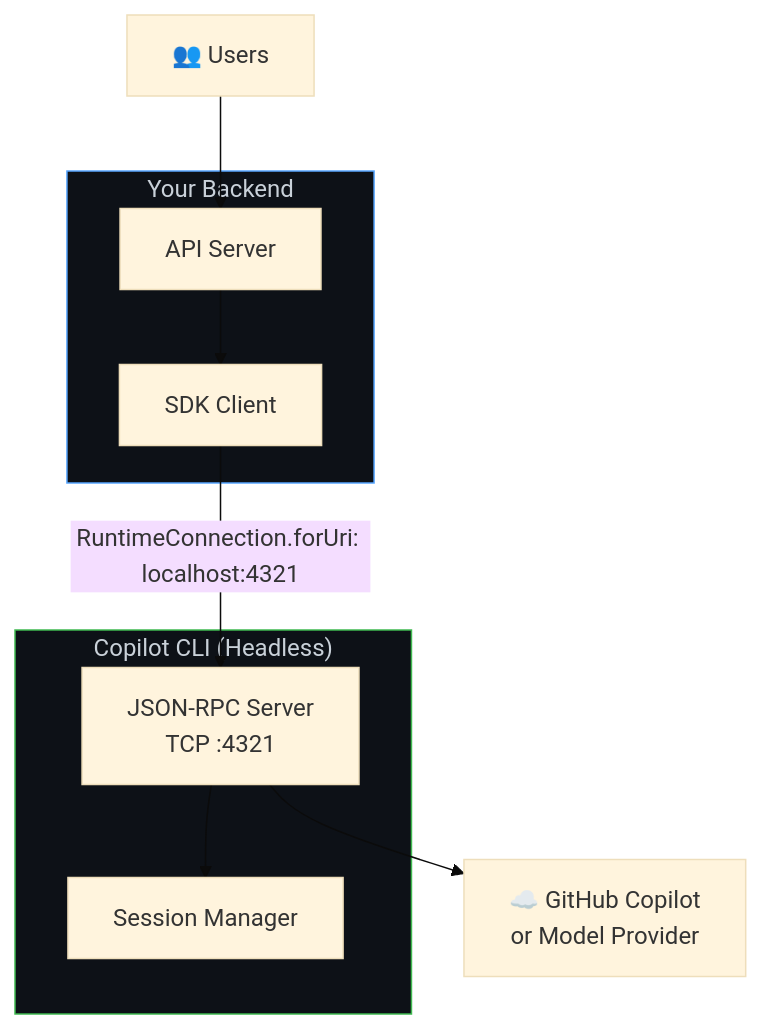
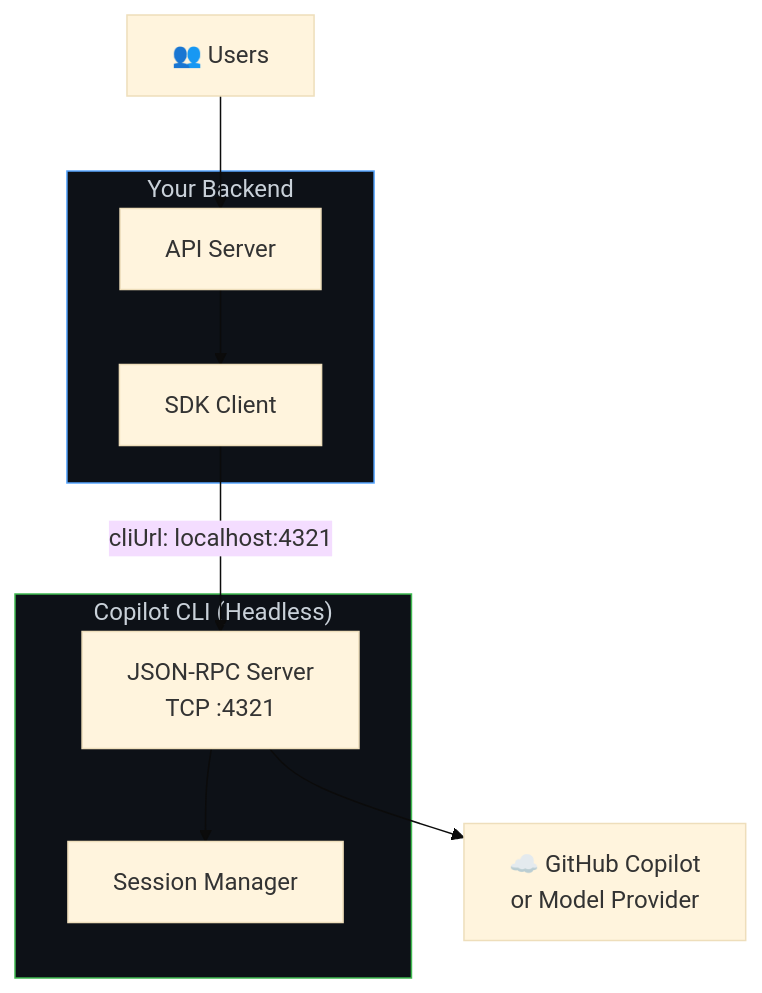
One commit to github/copilot-sdk changed the first of 5 diagrams in docs/setup/backend-services.md. Above: the diagram before and after it, drawn with Mermaid (base theme). The commit also changed other lines of this file and 1021 other files, not shown here.

Commit message:
Update SDK snapshot for Copilot CLI 1.0.102-0.unstable.r41528289608.g54dc3af

````diff
--- a/docs/setup/backend-services.md
+++ b/docs/setup/backend-services.md
@@ -11,21 +11,21 @@
 ```mermaid
 flowchart TB
     subgraph Backend["Your Backend"]
         API["API Server"]
         SDK["SDK Client"]
     end
 
     subgraph CLIServer["Copilot CLI (Headless)"]
         RPC["JSON-RPC Server<br/>TCP :4321"]
         Sessions["Session Manager"]
     end
 
     Users["👥 Users"] --> API
     API --> SDK
-    SDK -- "RuntimeConnection.forUri: localhost:4321" --> RPC
+    SDK -- "cliUrl: localhost:4321" --> RPC
     RPC --> Sessions
     RPC --> Copilot["☁️ GitHub Copilot<br/>or Model Provider"]
 
     style Backend fill:#0d1117,stroke:#58a6ff,color:#c9d1d9
     style CLIServer fill:#0d1117,stroke:#3fb950,color:#c9d1d9
 ```
````
